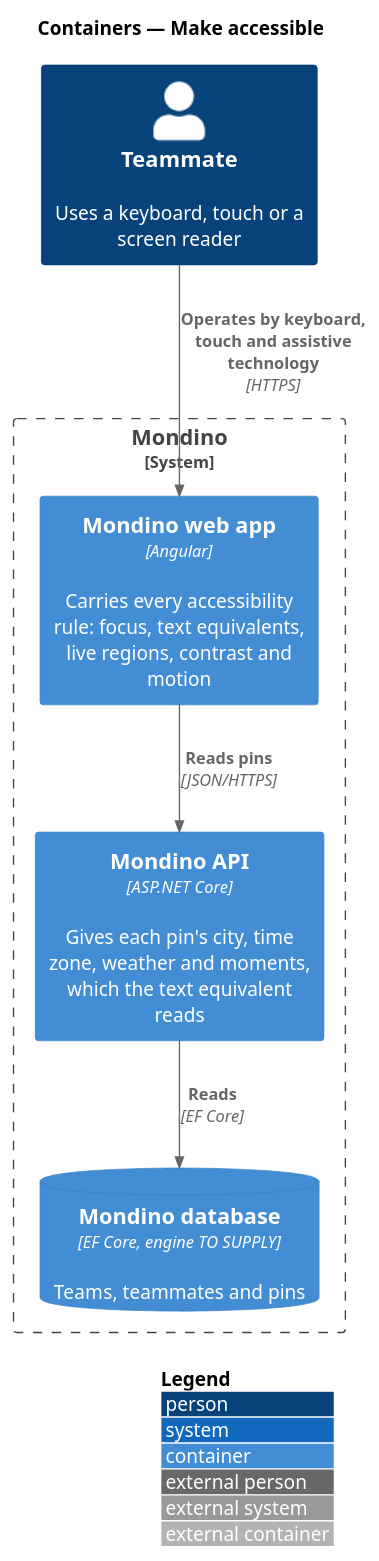
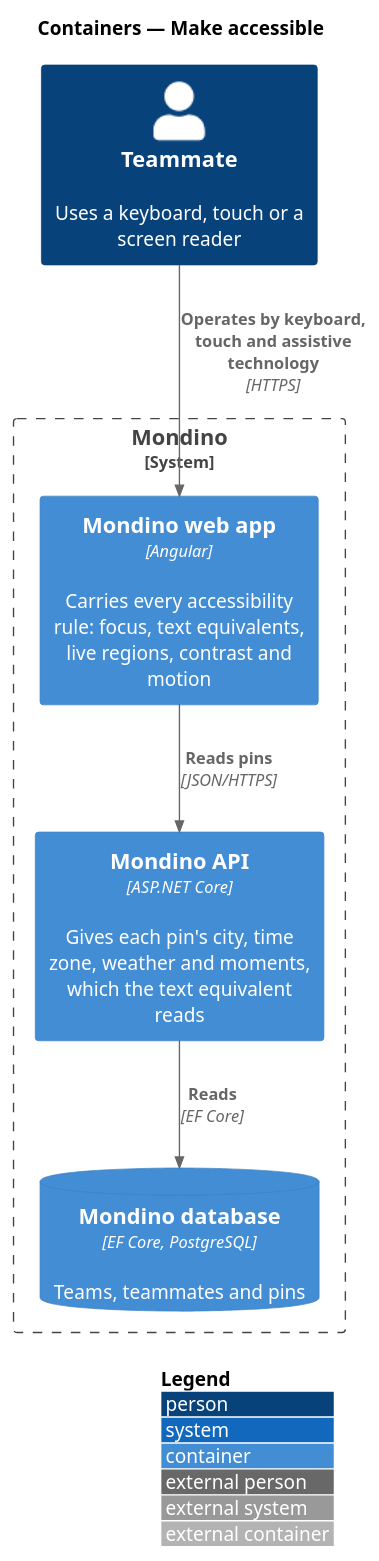
Before and after one commit to QuinntyneBrown/Mondino: the diagram in docs/detailed-designs/platform/make-accessible/diagrams/c4-container.puml, drawn with PlantUML. The commit also changed 67 other files, not shown here.

```diff
--- a/docs/detailed-designs/platform/make-accessible/diagrams/c4-container.puml
+++ b/docs/detailed-designs/platform/make-accessible/diagrams/c4-container.puml
@@ -1,17 +1,17 @@
 @startuml
 !include <C4/C4_Container>
 LAYOUT_WITH_LEGEND()
 title Containers — Make accessible
 
 Person(teammate, "Teammate", "Uses a keyboard, touch or a screen reader")
 
 System_Boundary(mondino, "Mondino") {
   Container(spa, "Mondino web app", "Angular", "Carries every accessibility rule: focus, text equivalents, live regions, contrast and motion")
   Container(api, "Mondino API", "ASP.NET Core", "Gives each pin's city, time zone, weather and moments, which the text equivalent reads")
-  ContainerDb(db, "Mondino database", "EF Core, engine TO SUPPLY", "Teams, teammates and pins")
+  ContainerDb(db, "Mondino database", "EF Core, PostgreSQL", "Teams, teammates and pins")
 }
 
 Rel(teammate, spa, "Operates by keyboard, touch and assistive technology", "HTTPS")
 Rel(spa, api, "Reads pins", "JSON/HTTPS")
 Rel(api, db, "Reads", "EF Core")
 @enduml
```
